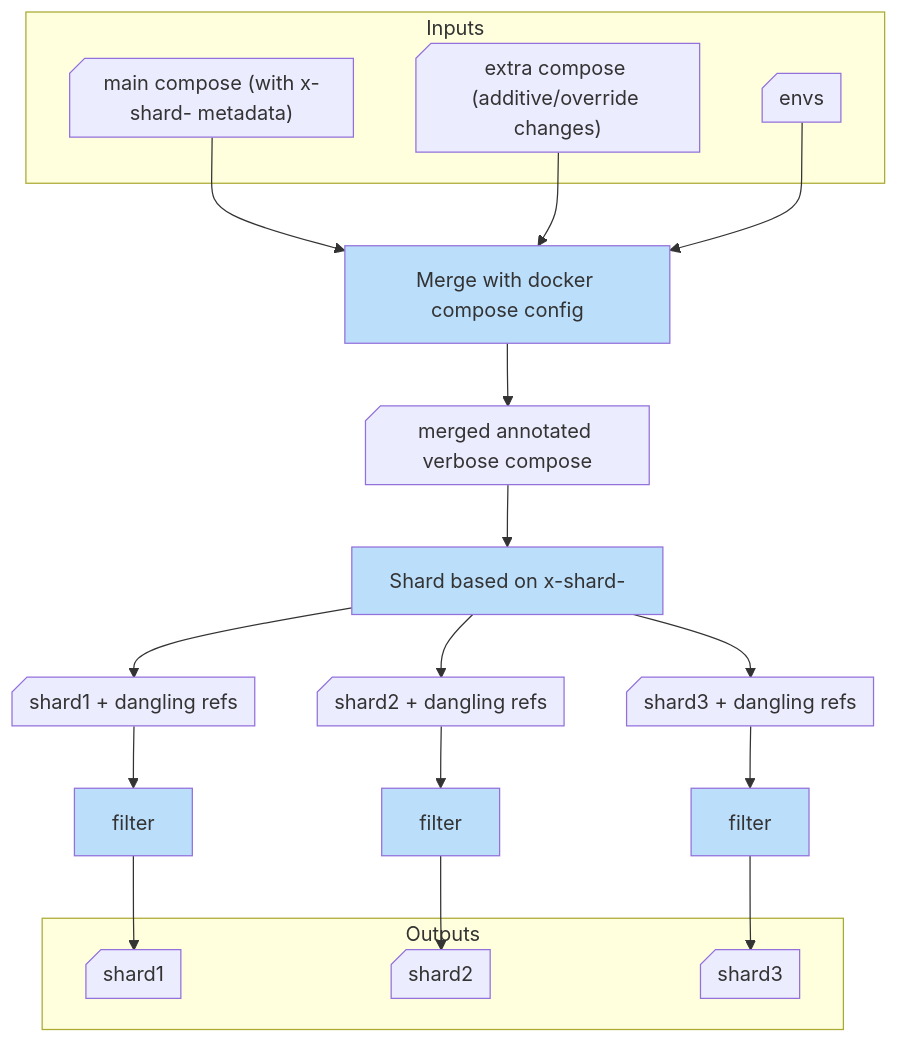
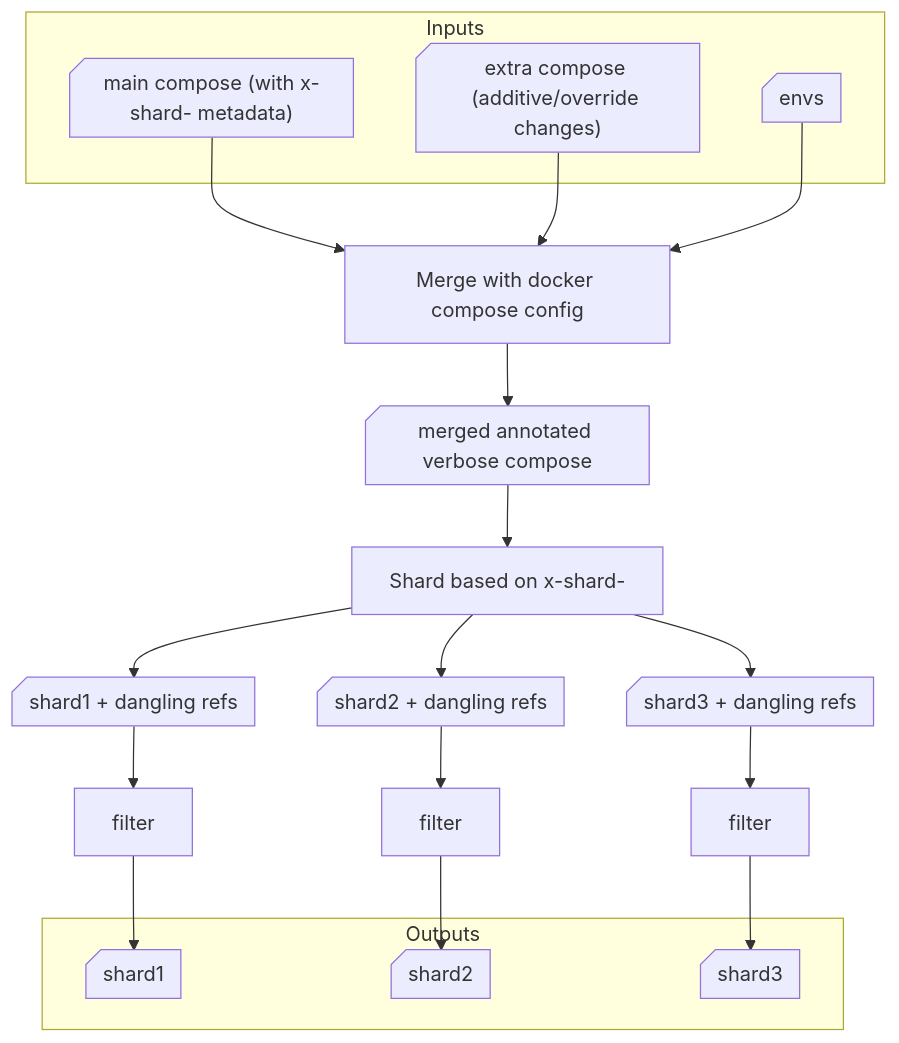
One commit to EFR-GmbH/compose-sharder changed the diagram in README.md. Above: the diagram before and after it, drawn with Mermaid.

Commit message:
Drop marmaid styling, that does not work in dark mode

````diff
--- a/README.md
+++ b/README.md
@@ -38,38 +38,33 @@
 ```mermaid
 flowchart TD
  subgraph Inputs["Inputs"]
         MC["main compose (with x-shard- metadata)"]
         OC["extra compose (additive/override changes)"]
         ENV1["envs"]
   end
     MC --> Merge["Merge with docker compose config"]
     OC --> Merge
     ENV1 --> Merge
     Merge --> MAVC["merged annotated verbose compose"]
     MAVC --> ShardBased["Shard based on x-shard-"]
     ShardBased --> S1["shard1 + dangling refs"] & S2["shard2 + dangling refs"] & S3["shard3 + dangling refs"]
     S1 --> F1["filter"]
     S2 --> F2["filter"]
     S3 --> F3["filter"]
     F1 --> O1["shard1"]
     F2 --> O2["shard2"]
     F3 --> O3["shard3"]
     MC@{ shape: card}
     OC@{ shape: card}
     ENV1@{ shape: card}
     Merge@{ shape: proc}
     MAVC@{ shape: card}
     S1@{ shape: card}
     S2@{ shape: card}
     S3@{ shape: card}
     subgraph Outputs["Outputs"]
         O1@{ shape: card}
         O2@{ shape: card}
         O3@{ shape: card}
     end
-    style Merge fill:#BBDEFB
-    style ShardBased fill:#BBDEFB
-    style F1 fill:#BBDEFB
-    style F2 fill:#BBDEFB
-    style F3 fill:#BBDEFB
 ```
````
